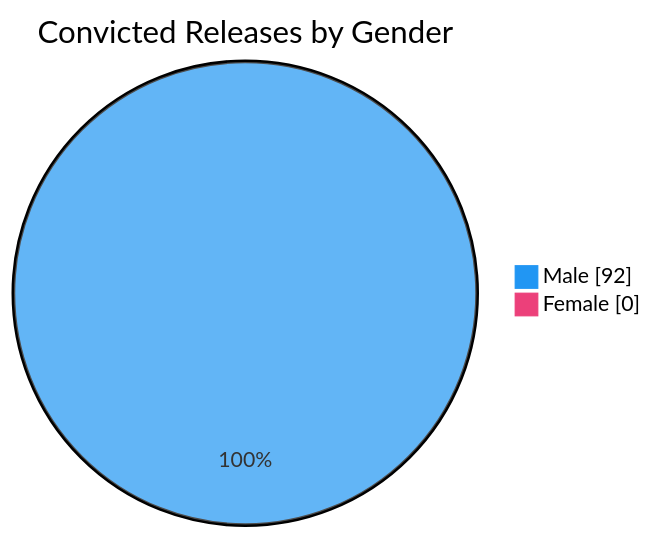
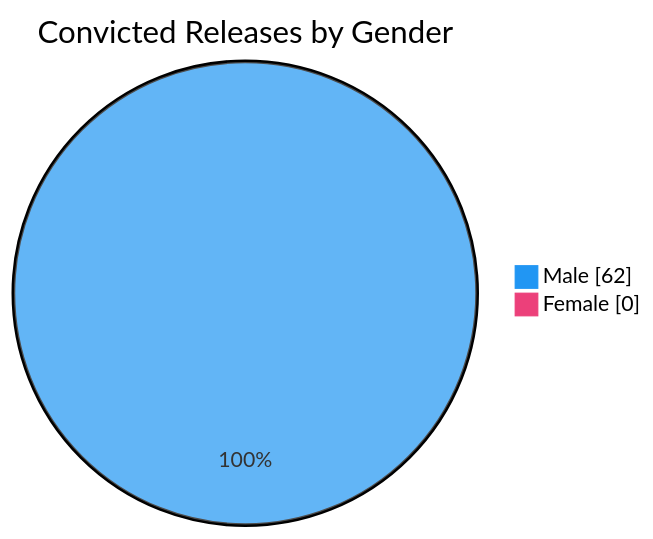
Before and after one commit to nuuuwan/lk_prisons: the sixth of 7 diagrams in README.md, drawn with Mermaid. The commit also changed other lines of this file and 1 other file, not shown here.

````diff
--- a/README.md
+++ b/README.md
@@ -98,6 +98,6 @@
 ```mermaid
 %%{init: {'themeVariables': {'pie1': '#2196F3', 'pie2': '#EC407A'}}}%%
 pie showData title Convicted Releases by Gender
-    "Male" : 92
+    "Male" : 62
     "Female" : 0
 ```
````
